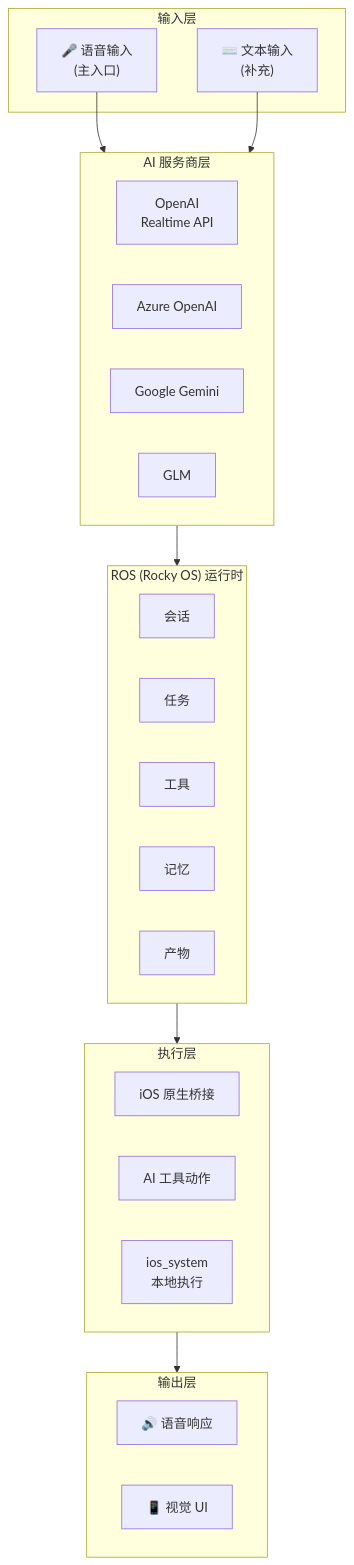
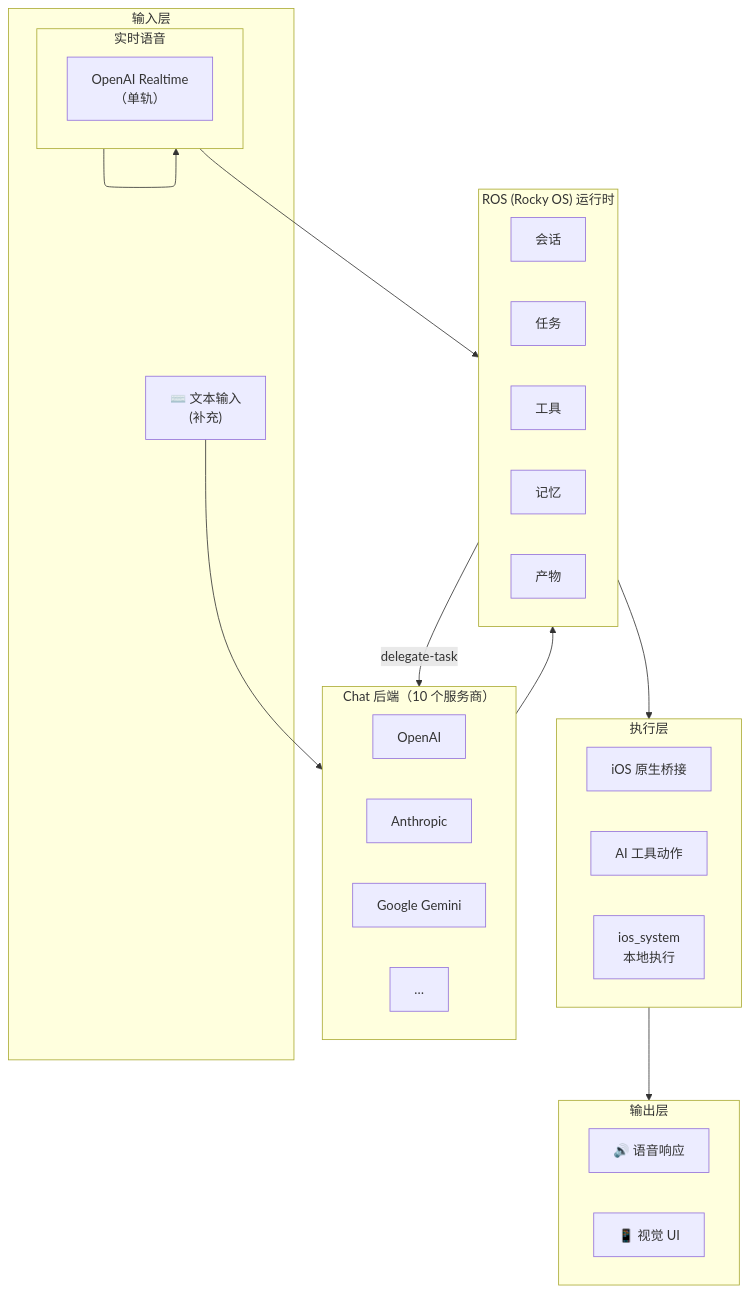
Before and after one commit to openrocky/openrocky.github.io: the first of 4 diagrams in i18n/zh-Hans/docusaurus-plugin-content-docs/current/architecture.md, drawn with Mermaid. The commit also changed other lines of this file and 7 other files, not shown here.

First line of the commit message:
docs: sync to single-track voice architecture

````diff
--- a/i18n/zh-Hans/docusaurus-plugin-content-docs/current/architecture.md
+++ b/i18n/zh-Hans/docusaurus-plugin-content-docs/current/architecture.md
@@ -13,39 +13,45 @@
 ```mermaid
 graph TB
     subgraph Input["输入层"]
         Voice["🎤 语音输入<br/>(主入口)"]
         Text["⌨️ 文本输入<br/>(补充)"]
     end
 
-    subgraph Provider["AI 服务商层"]
-        OpenAI["OpenAI<br/>Realtime API"]
-        Azure["Azure OpenAI"]
+    subgraph Voice["实时语音"]
+        OpenAIRT["OpenAI Realtime<br/>（单轨）"]
+    end
+
+    subgraph Chat["Chat 后端（10 个服务商）"]
+        OpenAI["OpenAI"]
+        Anthropic["Anthropic"]
         Gemini["Google Gemini"]
-        GLM["GLM"]
+        Other["…"]
     end
 
     subgraph ROS["ROS (Rocky OS) 运行时"]
         Session["会话"]
         Task["任务"]
         Tools["工具"]
         Memory["记忆"]
         Artifacts["产物"]
     end
 
     subgraph Execution["执行层"]
         Bridge["iOS 原生桥接"]
         AITool["AI 工具动作"]
         Local["ios_system<br/>本地执行"]
     end
 
     subgraph Output["输出层"]
         VoiceOut["🔊 语音响应"]
         Visual["📱 视觉 UI"]
     end
 
-    Voice --> Provider
-    Text --> Provider
-    Provider --> ROS
+    Voice --> Voice
+    Text --> Chat
+    Voice --> ROS
+    ROS -->|delegate-task| Chat
+    Chat --> ROS
     ROS --> Execution
     Execution --> Output
 ```
````
